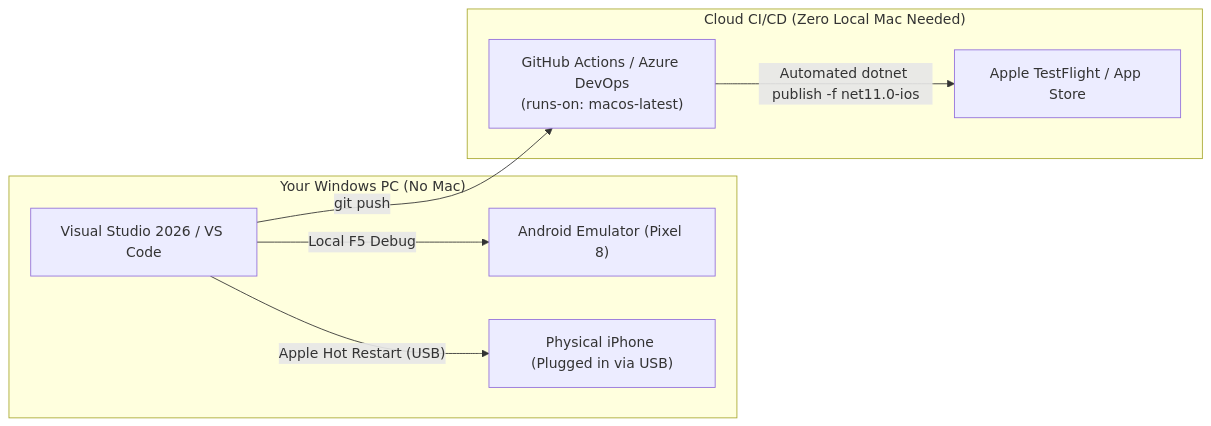
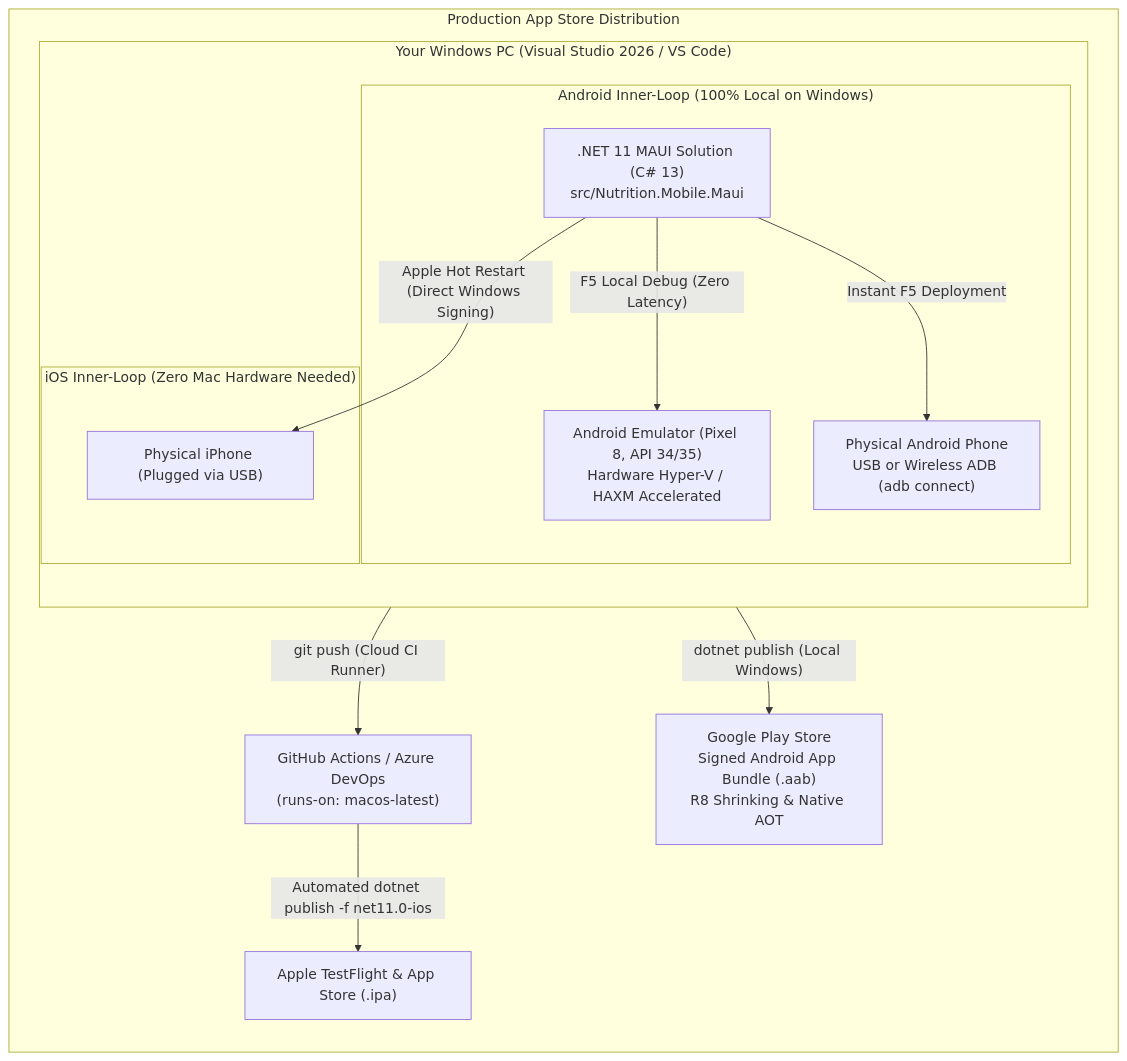
Before and after one commit to nikunjbanker/diet-dost: the fourth of 5 diagrams in .agents/skills/diet-dost-mobile-architecture/SKILL.md, drawn with Mermaid. The commit also changed other lines of this file and 1 other file, not shown here.

Commit message:
docs(mobile): add first-class Android platform engineering and packaging to Option 1

````diff
--- a/.agents/skills/diet-dost-mobile-architecture/SKILL.md
+++ b/.agents/skills/diet-dost-mobile-architecture/SKILL.md
@@ -286,19 +286,26 @@
 ```mermaid
-graph LR
-    subgraph LOCAL_WIN ["Your Windows PC (No Mac)"]
-        VS["Visual Studio 2026 / VS Code"]
-        AND_EMU["Android Emulator (Pixel 8)"]
-        IPHONE["Physical iPhone (Plugged in via USB)"]
+graph TD
+    subgraph WIN_DEV ["Your Windows PC (Visual Studio 2026 / VS Code)"]
+        direction TB
+        DEV_ENV[".NET 11 MAUI Solution (C# 13)<br/>src/Nutrition.Mobile.Maui"]
         
-        VS -->|"Local F5 Debug"| AND_EMU
-        VS -->|"Apple Hot Restart (USB)"| IPHONE
+        subgraph ANDROID_LOCAL ["Android Inner-Loop (100% Local on Windows)"]
+            AND_EMU["Android Emulator (Pixel 8, API 34/35)<br/>Hardware Hyper-V / HAXM Accelerated"]
+            AND_PHYS["Physical Android Phone<br/>USB or Wireless ADB (adb connect)"]
+            DEV_ENV -->|"F5 Local Debug (Zero Latency)"| AND_EMU
+            DEV_ENV -->|"Instant F5 Deployment"| AND_PHYS
+        end
+
+        subgraph IOS_WIN ["iOS Inner-Loop (Zero Mac Hardware Needed)"]
+            IPHONE["Physical iPhone (Plugged via USB)"]
+            DEV_ENV -->|"Apple Hot Restart (Direct Windows Signing)"| IPHONE
+        end
     end
 
-    subgraph CLOUD_CI ["Cloud CI/CD (Zero Local Mac Needed)"]
-        GHA["GitHub Actions / Azure DevOps<br/>(runs-on: macos-latest)"]
-        TF["Apple TestFlight / App Store"]
-        
-        VS -->|"git push"| GHA
-        GHA -->|"Automated dotnet publish -f net11.0-ios"| TF
+    subgraph PROD_DIST ["Production App Store Distribution"]
+        direction TB
+        WIN_DEV -->|"dotnet publish (Local Windows)"| GP["Google Play Store<br/>Signed Android App Bundle (.aab)<br/>R8 Shrinking & Native AOT"]
+        WIN_DEV -->|"git push (Cloud CI Runner)"| GHA["GitHub Actions / Azure DevOps<br/>(runs-on: macos-latest)"]
+        GHA -->|"Automated dotnet publish -f net11.0-ios"| TF["Apple TestFlight & App Store (.ipa)"]
     end
 ```
````
